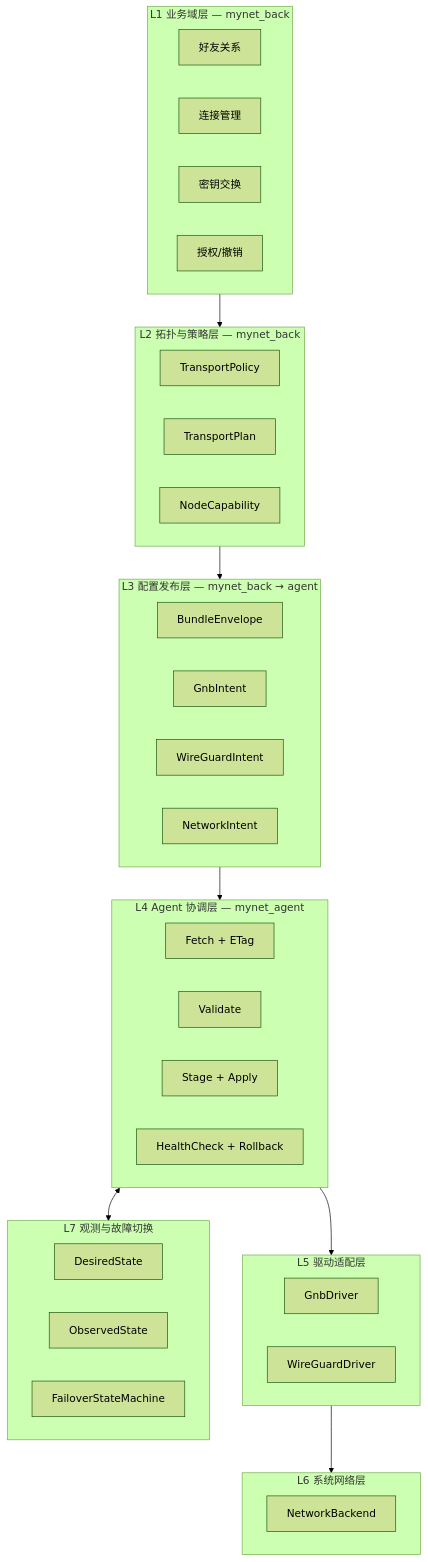
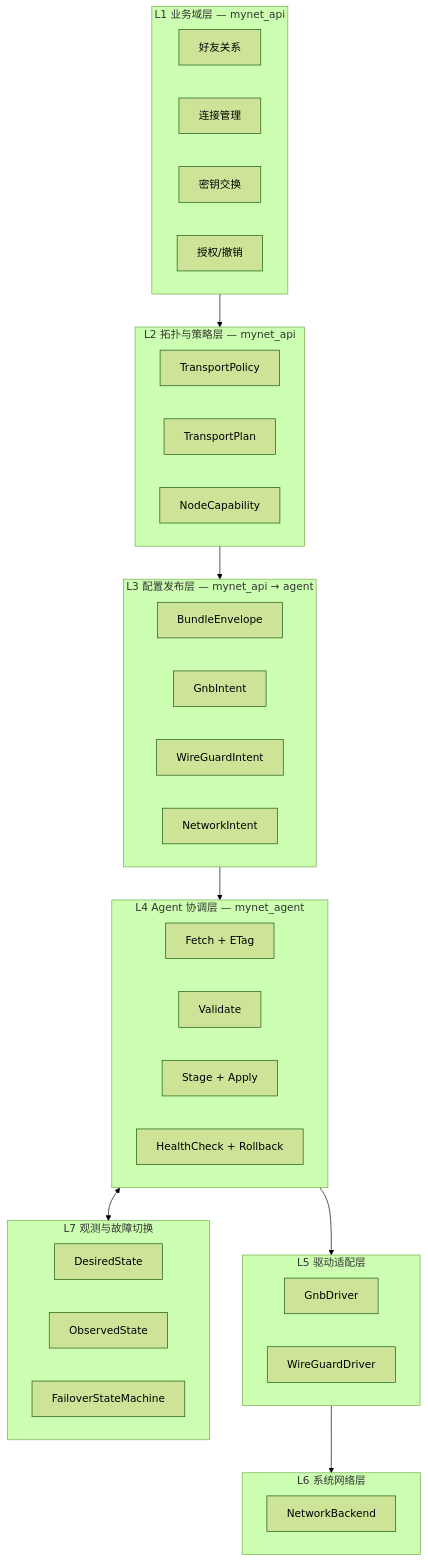
Before and after one commit to mynet-club/mynet_ctl: the first of 4 diagrams in docs/knowledge-base/spec/unified-platform-architecture.md, drawn with Mermaid (forest theme). The commit also changed other lines of this file and 50 other files, not shown here.

````diff
--- a/docs/knowledge-base/spec/unified-platform-architecture.md
+++ b/docs/knowledge-base/spec/unified-platform-architecture.md
@@ -14,40 +14,40 @@
 ```mermaid
 flowchart TB
-    subgraph L1["L1 业务域层 — mynet_back"]
+    subgraph L1["L1 业务域层 — mynet_api"]
         BH["好友关系"]
         CN["连接管理"]
         KE["密钥交换"]
         AU["授权/撤销"]
     end
-    subgraph L2["L2 拓扑与策略层 — mynet_back"]
+    subgraph L2["L2 拓扑与策略层 — mynet_api"]
         TP["TransportPolicy"]
         TC["TransportPlan"]
         ND["NodeCapability"]
     end
-    subgraph L3["L3 配置发布层 — mynet_back → agent"]
+    subgraph L3["L3 配置发布层 — mynet_api → agent"]
         ENV["BundleEnvelope"]
         GNB_INT["GnbIntent"]
         WG_INT["WireGuardIntent"]
         NET_INT["NetworkIntent"]
     end
     subgraph L4["L4 Agent 协调层 — mynet_agent"]
         FC["Fetch + ETag"]
         VV["Validate"]
         SA["Stage + Apply"]
         HR["HealthCheck + Rollback"]
     end
     subgraph L5["L5 驱动适配层"]
         GD["GnbDriver"]
         WD["WireGuardDriver"]
     end
     subgraph L6["L6 系统网络层"]
         NB["NetworkBackend"]
     end
     subgraph L7["L7 观测与故障切换"]
         DS["DesiredState"]
         OS["ObservedState"]
         SM["FailoverStateMachine"]
     end
     L1 --> L2 --> L3 --> L4 --> L5 --> L6
     L4 <--> L7
 ```
````
